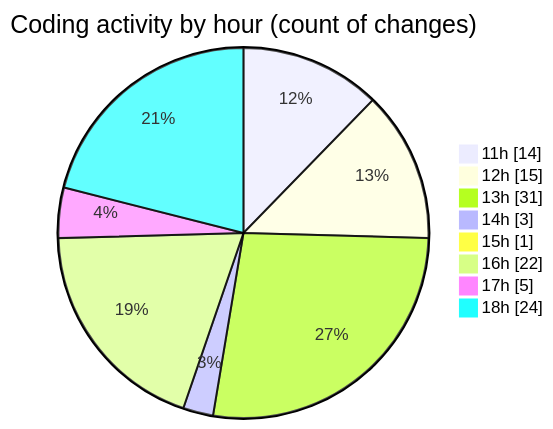
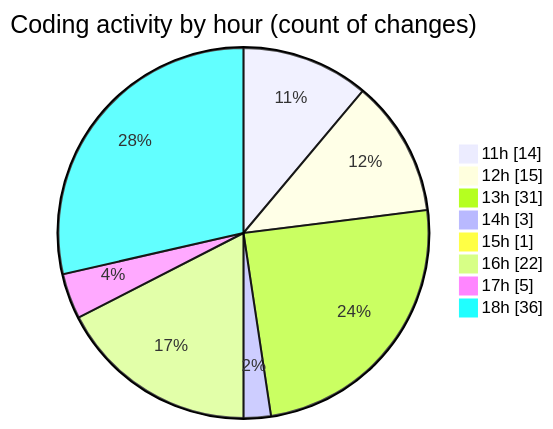
The second of 2 diagrams in 2025-07-09/argos/README.md (nxtqubesakshisongat/code-tracking), drawn with Mermaid before and after one commit. The commit also changed other lines of this file and 1 other file, not shown here.

````diff
--- a/2025-07-09/argos/README.md
+++ b/2025-07-09/argos/README.md
@@ -36,12 +36,12 @@
 ```mermaid
 pie showData
 title Coding activity by hour (count of changes)
 "11h" : 14
 "12h" : 15
 "13h" : 31
 "14h" : 3
 "15h" : 1
 "16h" : 22
 "17h" : 5
-"18h" : 24
+"18h" : 36
 ```
````
